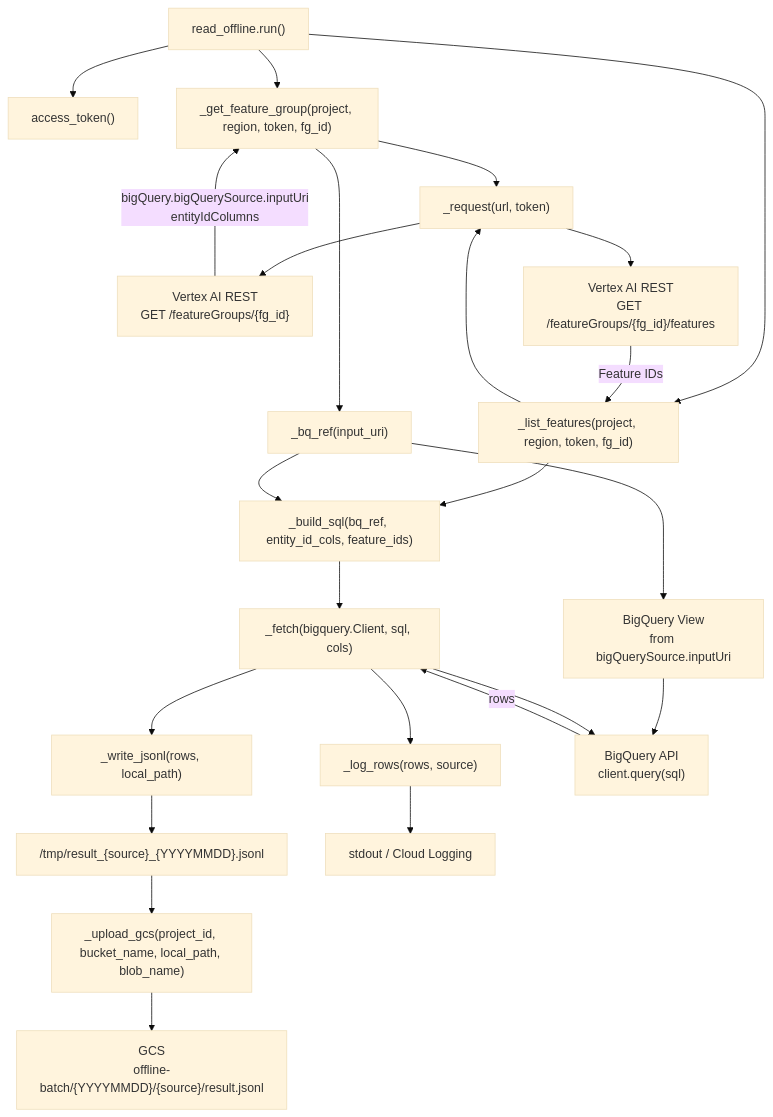
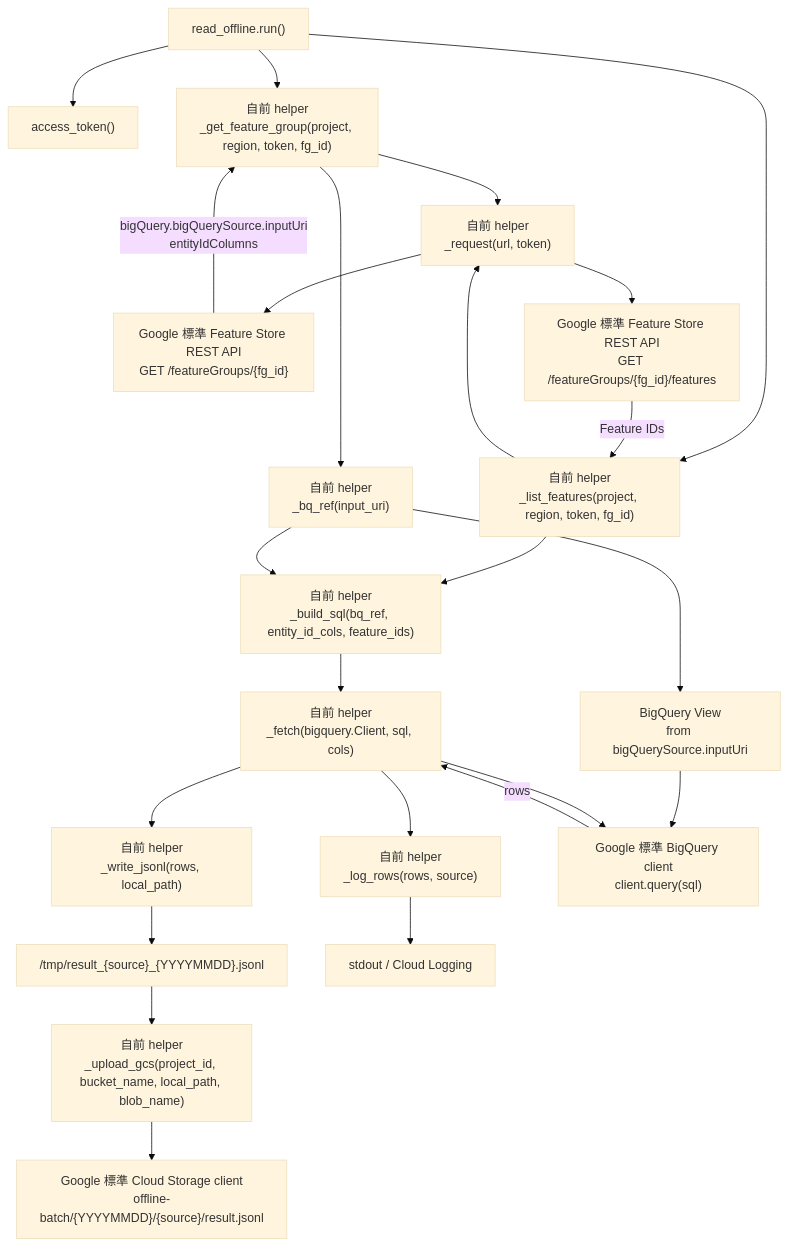
Before and after one commit to kurosawa-kuro/study-gcp-feature-store-offline: the third of 3 diagrams in docs/04_重要コード説明.md, drawn with Mermaid (base theme). The commit also changed other lines of this file, not shown here.

````diff
--- a/docs/04_重要コード説明.md
+++ b/docs/04_重要コード説明.md
@@ -561,51 +602,51 @@
 ```mermaid
 flowchart TB
     run["read_offline.run()"]
     auth["access_token()"]
-    get_fg["_get_feature_group(project, region, token, fg_id)"]
-    list_features["_list_features(project, region, token, fg_id)"]
-    request["_request(url, token)"]
-    bq_ref["_bq_ref(input_uri)"]
-    build_sql["_build_sql(bq_ref, entity_id_cols, feature_ids)"]
-    fetch["_fetch(bigquery.Client, sql, cols)"]
-    log_rows["_log_rows(rows, source)"]
-    write_jsonl["_write_jsonl(rows, local_path)"]
-    upload["_upload_gcs(project_id, bucket_name, local_path, blob_name)"]
+    get_fg["自前 helper<br/>_get_feature_group(project, region, token, fg_id)"]
+    list_features["自前 helper<br/>_list_features(project, region, token, fg_id)"]
+    request["自前 helper<br/>_request(url, token)"]
+    bq_ref["自前 helper<br/>_bq_ref(input_uri)"]
+    build_sql["自前 helper<br/>_build_sql(bq_ref, entity_id_cols, feature_ids)"]
+    fetch["自前 helper<br/>_fetch(bigquery.Client, sql, cols)"]
+    log_rows["自前 helper<br/>_log_rows(rows, source)"]
+    write_jsonl["自前 helper<br/>_write_jsonl(rows, local_path)"]
+    upload["自前 helper<br/>_upload_gcs(project_id, bucket_name, local_path, blob_name)"]
 
-    fs_get["Vertex AI REST<br/>GET /featureGroups/{fg_id}"]
-    fs_list["Vertex AI REST<br/>GET /featureGroups/{fg_id}/features"]
+    fs_get["Google 標準 Feature Store REST API<br/>GET /featureGroups/{fg_id}"]
+    fs_list["Google 標準 Feature Store REST API<br/>GET /featureGroups/{fg_id}/features"]
     bq_view["BigQuery View<br/>from bigQuerySource.inputUri"]
-    bq_api["BigQuery API<br/>client.query(sql)"]
+    bq_api["Google 標準 BigQuery client<br/>client.query(sql)"]
     local_file["/tmp/result_{source}_{YYYYMMDD}.jsonl"]
-    gcs["GCS<br/>offline-batch/{YYYYMMDD}/{source}/result.jsonl"]
+    gcs["Google 標準 Cloud Storage client<br/>offline-batch/{YYYYMMDD}/{source}/result.jsonl"]
     stdout["stdout / Cloud Logging"]
 
     run --> auth
     run --> get_fg
     run --> list_features
 
     get_fg --> request
     request --> fs_get
     fs_get -->|"bigQuery.bigQuerySource.inputUri<br/>entityIdColumns"| get_fg
 
     list_features --> request
     request --> fs_list
     fs_list -->|"Feature IDs"| list_features
 
     get_fg --> bq_ref
     bq_ref --> bq_view
     list_features --> build_sql
     bq_ref --> build_sql
     build_sql --> fetch
     bq_view --> bq_api
     fetch --> bq_api
     bq_api -->|"rows"| fetch
 
     fetch --> log_rows
     log_rows --> stdout
 
     fetch --> write_jsonl
     write_jsonl --> local_file
     local_file --> upload
     upload --> gcs
 ```
````
